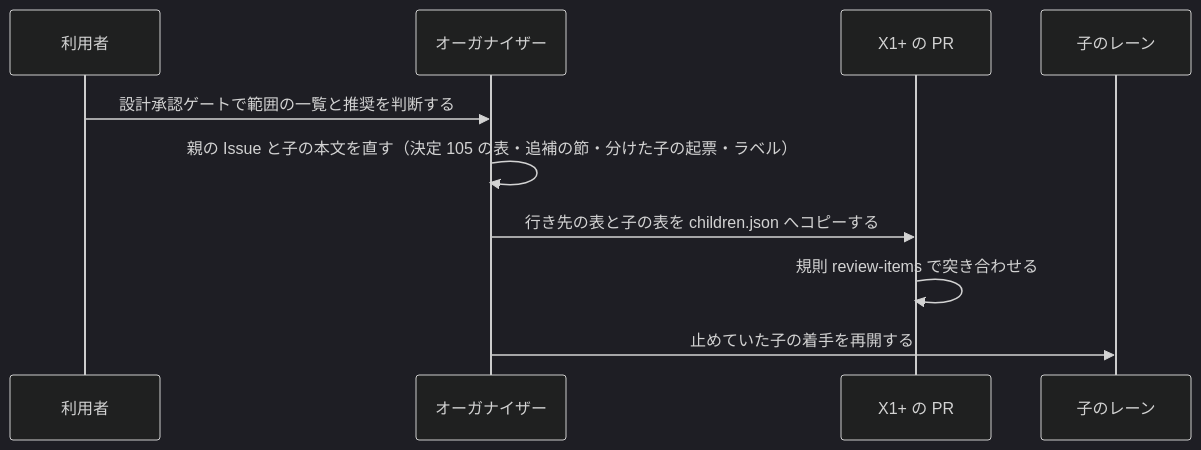
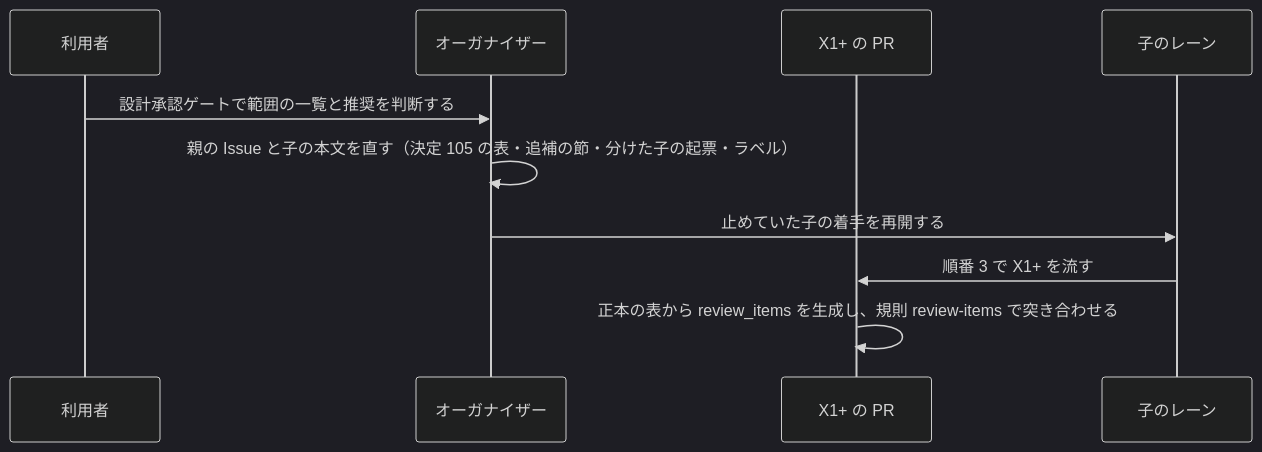
The second of 2 diagrams in issues/issue-3395-design.md (devbasex/ai-plugins), drawn with Mermaid (dark theme) before and after one commit. The commit also changed other lines of this file and 2 other files, not shown here.

````diff
--- a/issues/issue-3395-design.md
+++ b/issues/issue-3395-design.md
@@ -177,12 +192,12 @@
 ```mermaid
 sequenceDiagram
     participant U as 利用者
     participant O as オーガナイザー
     participant X as X1+ の PR
     participant L as 子のレーン
     U->>O: 設計承認ゲートで範囲の一覧と推奨を判断する
     O->>O: 親の Issue と子の本文を直す（決定 105 の表・追補の節・分けた子の起票・ラベル）
-    O->>X: 行き先の表と子の表を children.json へコピーする
-    X->>X: 規則 review-items で突き合わせる
     O->>L: 止めていた子の着手を再開する
+    L->>X: 順番 3 で X1+ を流す
+    X->>X: 正本の表から review_items を生成し、規則 review-items で突き合わせる
 ```
````
